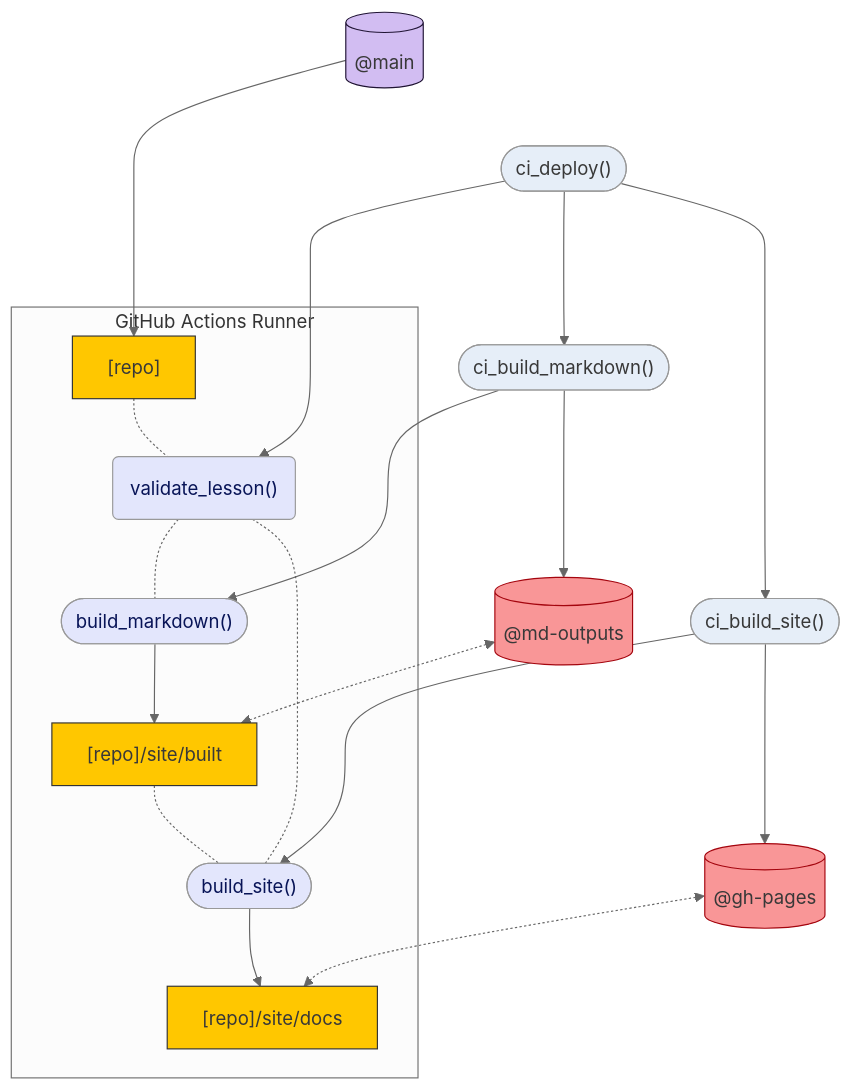
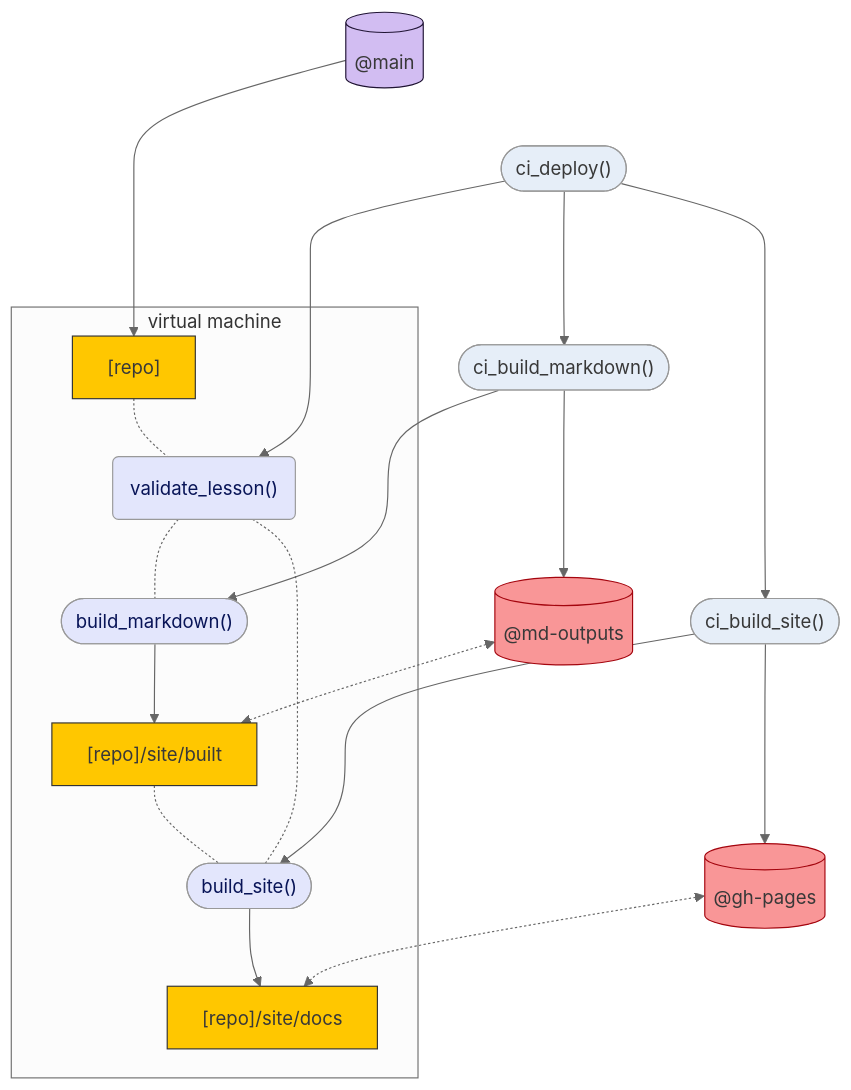
The third of 3 diagrams in intro.qmd (carpentries/workbench-dev), drawn with Mermaid (neutral theme) before and after one commit. The commit also changed 3 other files, not shown here.

````diff
--- a/intro.qmd
+++ b/intro.qmd
@@ -152,47 +152,47 @@
 ```{mermaid}
 flowchart TB
     classDef default color:#383838,fill:#FFF7F1,stroke-width:1px
     classDef external color:#383838,fill:#E6EEF8,stroke-width:1px
     classDef normal color:#081457,fill:#E3E6FC,stroke-width:1px
     classDef local fill:#FFC700,stroke:#333,stroke-width:1px
     classDef remote fill:#D2BDF2,stroke:#201434,stroke-width:1px
     classDef notouch fill:#F99697,stroke:#A4050E,stroke-width:1px
 
 
     GH[("@main")]:::remote
     MDOUT[("@md-outputs")]:::notouch
     PAGES[("@gh-pages")]:::notouch
     DEPLOY(["ci_deploy()"]):::external
     CIBUILDMD(["ci_build_markdown()"]):::external
     CIBUILDSITE(["ci_build_site()"]):::external
 
-    subgraph GitHub Actions Runner
+    subgraph virtual machine
     REPO["[repo]"]:::local
     BUILT["[repo]/site/built"]:::local
     SITE["[repo]/site/docs"]:::local
     VLESS("validate_lesson()"):::normal
     BUILDMD(["build_markdown()"]):::normal
     BUILDSITE(["build_site()"]):::normal
     end
 
 
     GH ---> REPO
     GH ~~~ DEPLOY
     REPO -.- VLESS
 
 
     DEPLOY ---> VLESS
     DEPLOY ---> CIBUILDMD
     DEPLOY ---> CIBUILDSITE
     VLESS -.- BUILDMD
     CIBUILDMD ---> MDOUT
     MDOUT <-.-> BUILT
     CIBUILDMD ---> BUILDMD
     CIBUILDSITE ---> PAGES
     PAGES <-.-> SITE
     CIBUILDSITE ---> BUILDSITE
     BUILT -.- BUILDSITE
     VLESS -.- BUILDSITE
     BUILDMD --> BUILT
     BUILDSITE --> SITE
 ```
````
